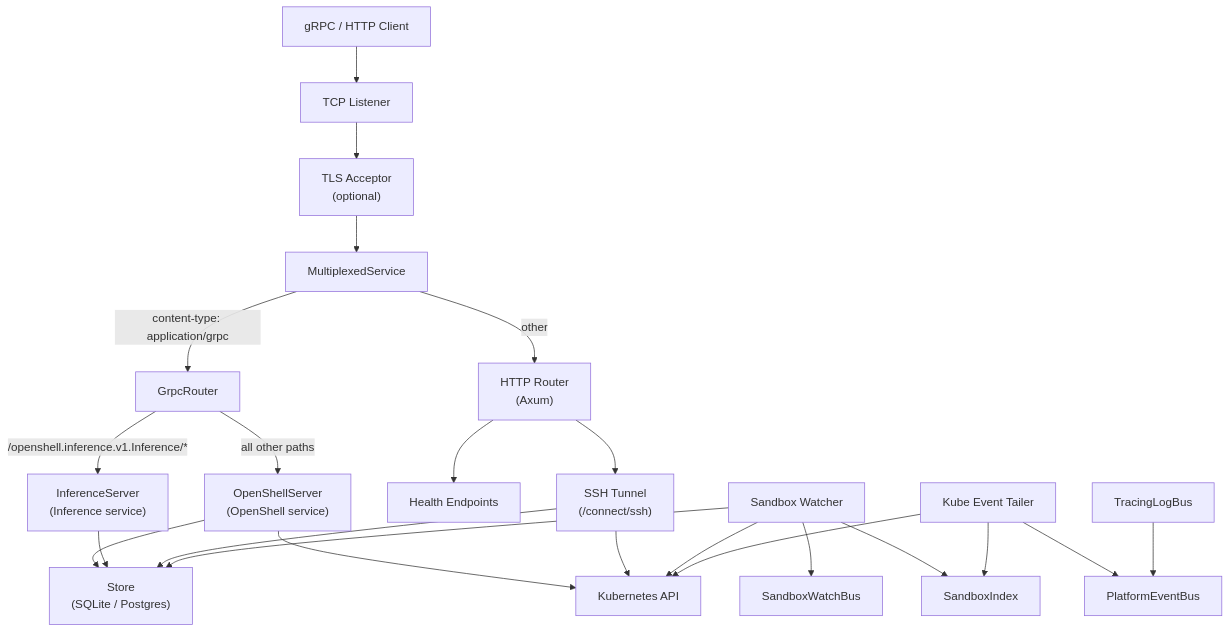
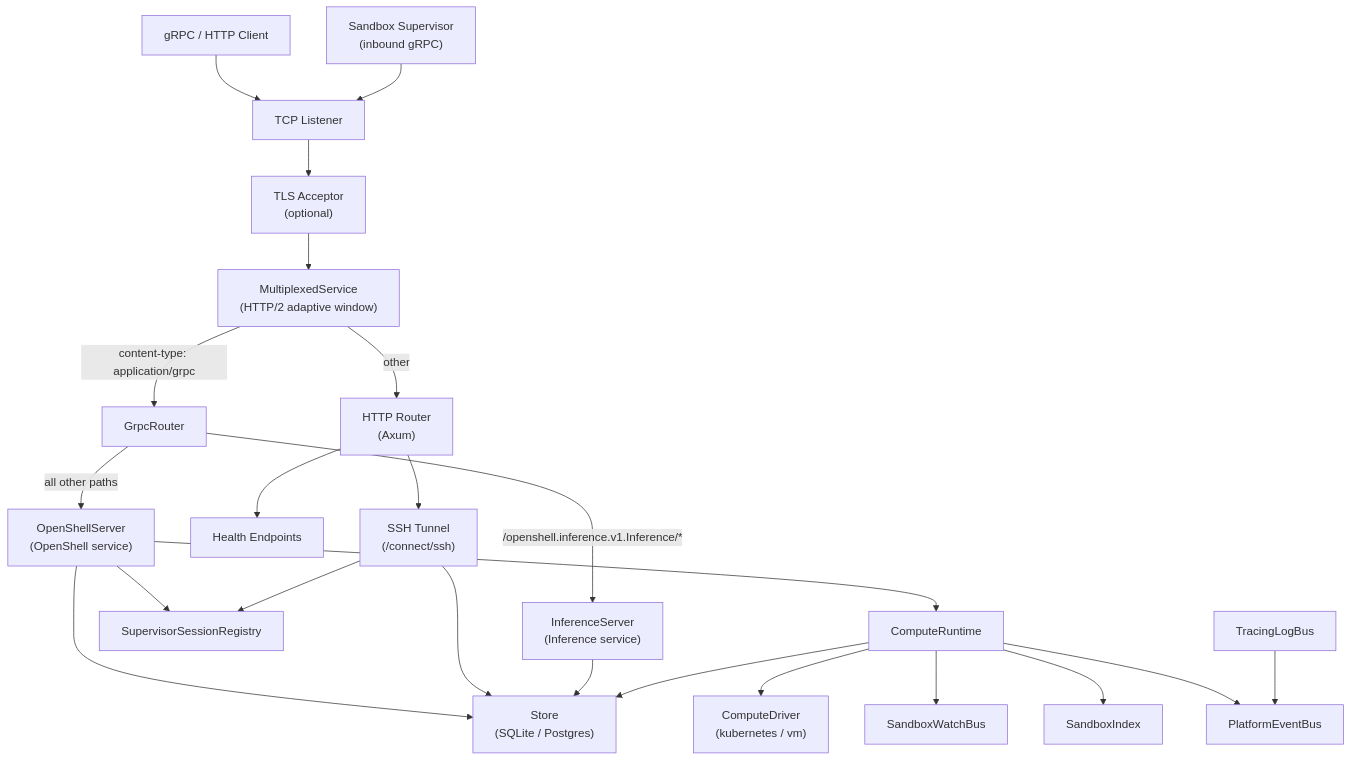
Before and after one commit to st-gr/OpenShell: the first of 3 diagrams in architecture/gateway.md, drawn with Mermaid. The commit also changed other lines of this file and 40 other files, not shown here.

Commit message:
feat(server,sandbox): supervisor-initiated SSH connect and exec over gRPC-multiplexed relay (#867)

````diff
--- a/architecture/gateway.md
+++ b/architecture/gateway.md
@@ -11,44 +13,45 @@
 ```mermaid
 graph TD
     Client["gRPC / HTTP Client"]
+    Supervisor["Sandbox Supervisor<br/>(inbound gRPC)"]
     TCP["TCP Listener"]
     TLS["TLS Acceptor<br/>(optional)"]
-    MUX["MultiplexedService"]
+    MUX["MultiplexedService<br/>(HTTP/2 adaptive window)"]
     GRPC_ROUTER["GrpcRouter"]
     NAV["OpenShellServer<br/>(OpenShell service)"]
     INF["InferenceServer<br/>(Inference service)"]
     HTTP["HTTP Router<br/>(Axum)"]
     HEALTH["Health Endpoints"]
     SSH_TUNNEL["SSH Tunnel<br/>(/connect/ssh)"]
+    SUP_REG["SupervisorSessionRegistry"]
     STORE["Store<br/>(SQLite / Postgres)"]
-    K8S["Kubernetes API"]
-    WATCHER["Sandbox Watcher"]
-    EVENT_TAILER["Kube Event Tailer"]
+    COMPUTE["ComputeRuntime"]
+    DRIVER["ComputeDriver<br/>(kubernetes / vm)"]
     WATCH_BUS["SandboxWatchBus"]
     LOG_BUS["TracingLogBus"]
     PLAT_BUS["PlatformEventBus"]
     INDEX["SandboxIndex"]
 
     Client --> TCP
+    Supervisor --> TCP
     TCP --> TLS
     TLS --> MUX
     MUX -->|"content-type: application/grpc"| GRPC_ROUTER
     MUX -->|"other"| HTTP
     GRPC_ROUTER -->|"/openshell.inference.v1.Inference/*"| INF
     GRPC_ROUTER -->|"all other paths"| NAV
     HTTP --> HEALTH
     HTTP --> SSH_TUNNEL
     NAV --> STORE
-    NAV --> K8S
+    NAV --> COMPUTE
+    NAV --> SUP_REG
+    SSH_TUNNEL --> STORE
+    SSH_TUNNEL --> SUP_REG
     INF --> STORE
-    SSH_TUNNEL --> STORE
-    SSH_TUNNEL --> K8S
-    WATCHER --> K8S
-    WATCHER --> STORE
-    WATCHER --> WATCH_BUS
-    WATCHER --> INDEX
-    EVENT_TAILER --> K8S
-    EVENT_TAILER --> PLAT_BUS
-    EVENT_TAILER --> INDEX
+    COMPUTE --> DRIVER
+    COMPUTE --> STORE
+    COMPUTE --> WATCH_BUS
+    COMPUTE --> INDEX
+    COMPUTE --> PLAT_BUS
     LOG_BUS --> PLAT_BUS
 ```
````
